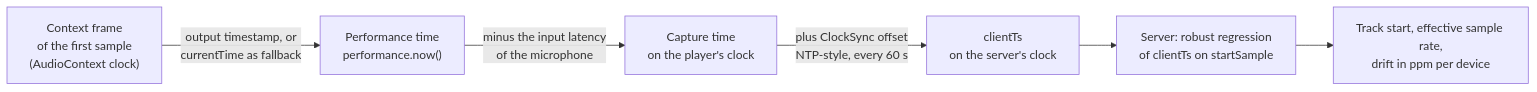
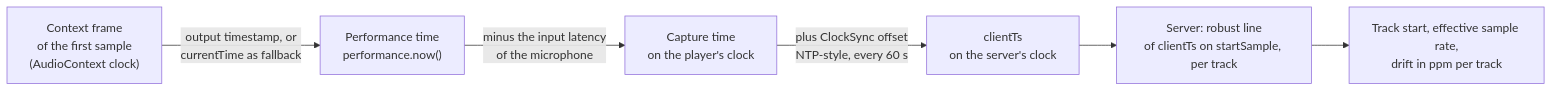
One commit to xy-zak/WhoKnowsWhoActs changed the fourth of 11 diagrams in docs/AUDIO.md. Above: the diagram before and after it, drawn with Mermaid. The commit also changed other lines of this file and 16 other files, not shown here.

````diff
--- a/docs/AUDIO.md
+++ b/docs/AUDIO.md
@@ -199,8 +205,8 @@
 ```mermaid
 flowchart LR
   F["Context frame<br/>of the first sample<br/>(AudioContext clock)"] -->|"output timestamp, or<br/>currentTime as fallback"| P["Performance time<br/>performance.now()"]
   P -->|"minus the input latency<br/>of the microphone"| C["Capture time<br/>on the player's clock"]
   C -->|"plus ClockSync offset<br/>NTP-style, every 60 s"| T["clientTs<br/>on the server's clock"]
-  T --> U["Server: robust regression<br/>of clientTs on startSample"]
-  U --> V["Track start, effective sample rate,<br/>drift in ppm per device"]
+  T --> U["Server: robust line<br/>of clientTs on startSample, per track"]
+  U --> V["Track start, effective sample rate,<br/>drift in ppm per track"]
 ```
````
